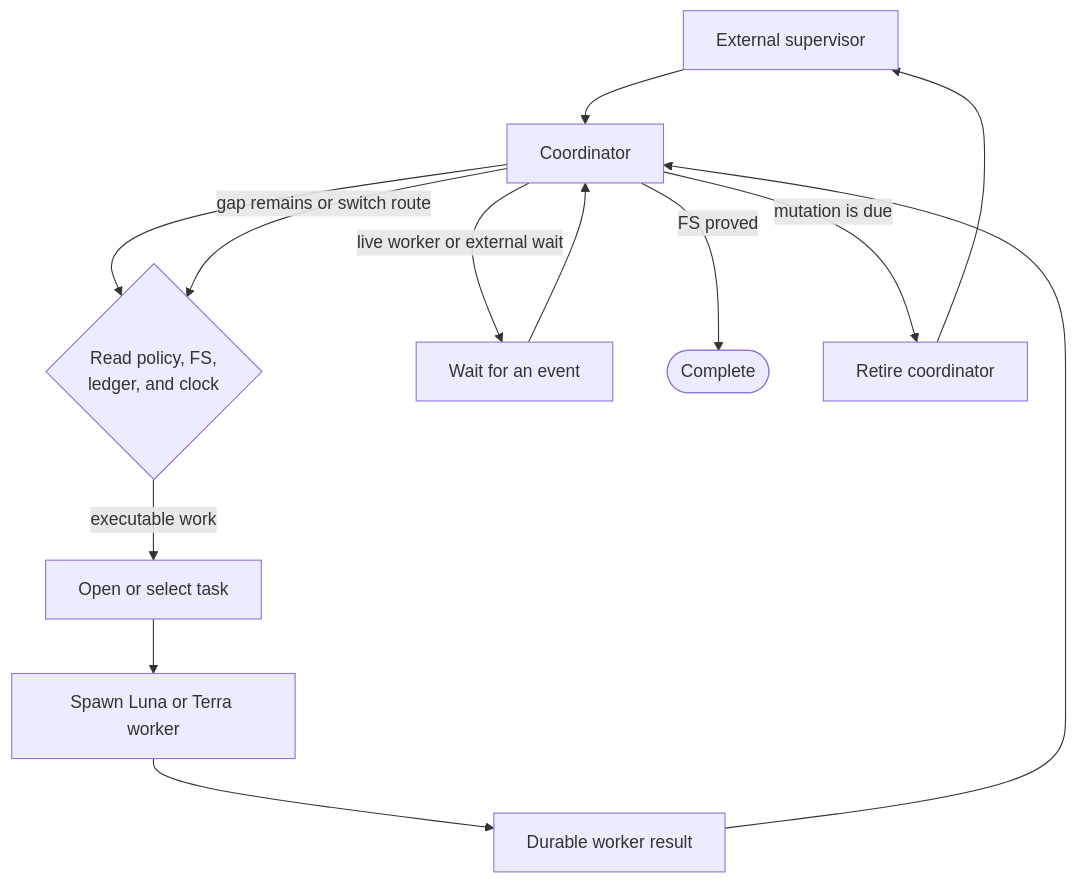
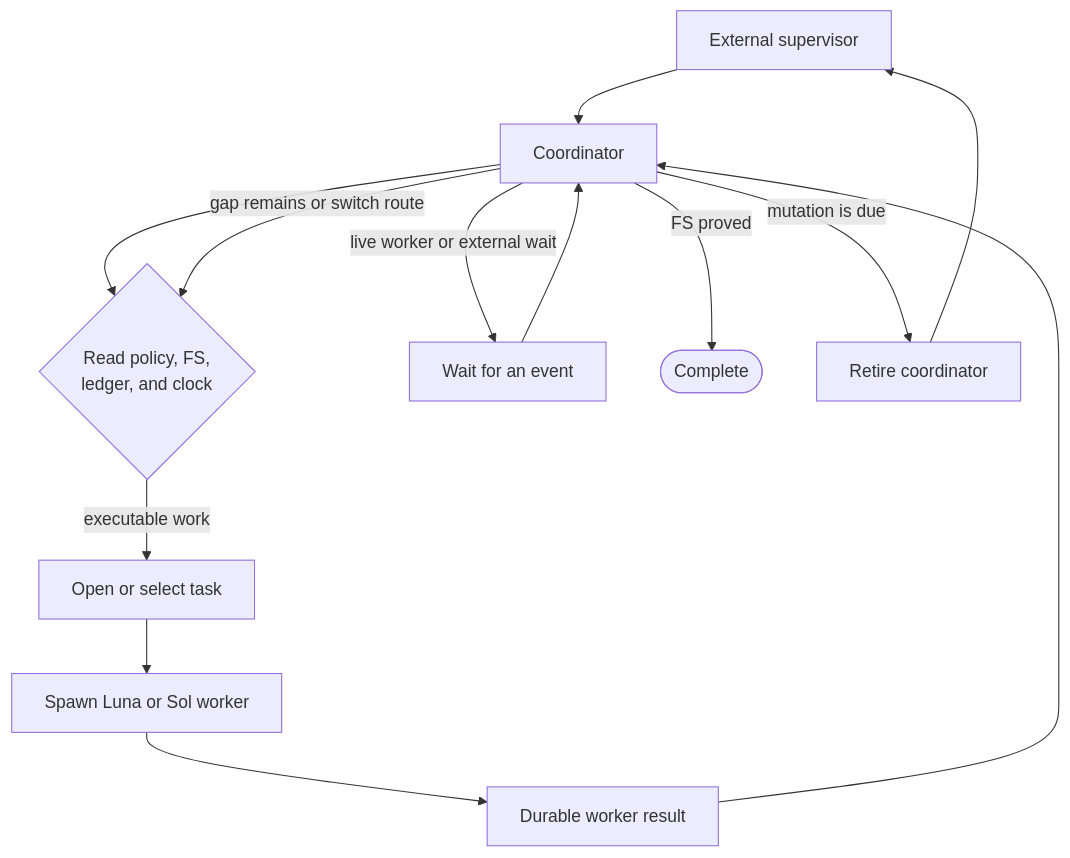
Before and after one commit to josihosi/de67: the second of 3 diagrams in docs/how-de67-works.md, drawn with Mermaid. The commit also changed 46 other files, not shown here.

````diff
--- a/docs/how-de67-works.md
+++ b/docs/how-de67-works.md
@@ -25,15 +25,15 @@
 ```mermaid
 flowchart TD
     S[External supervisor] --> C[Coordinator]
     C --> K{Read policy, FS,<br/>ledger, and clock}
     K -->|executable work| T[Open or select task]
-    T --> W[Spawn Luna or Terra worker]
+    T --> W[Spawn Luna or Sol worker]
     W --> R[Durable worker result]
     R --> C
     C -->|gap remains or switch route| K
     C -->|live worker or external wait| Wait[Wait for an event]
     Wait --> C
     C -->|FS proved| Done([Complete])
     C -->|mutation is due| Retire[Retire coordinator]
     Retire --> S
 ```
````
